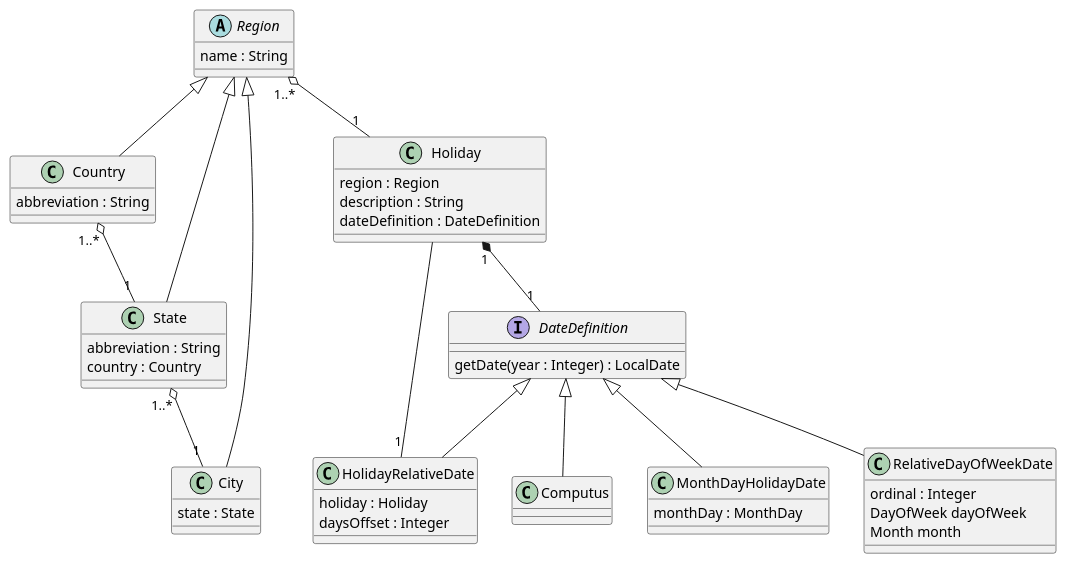
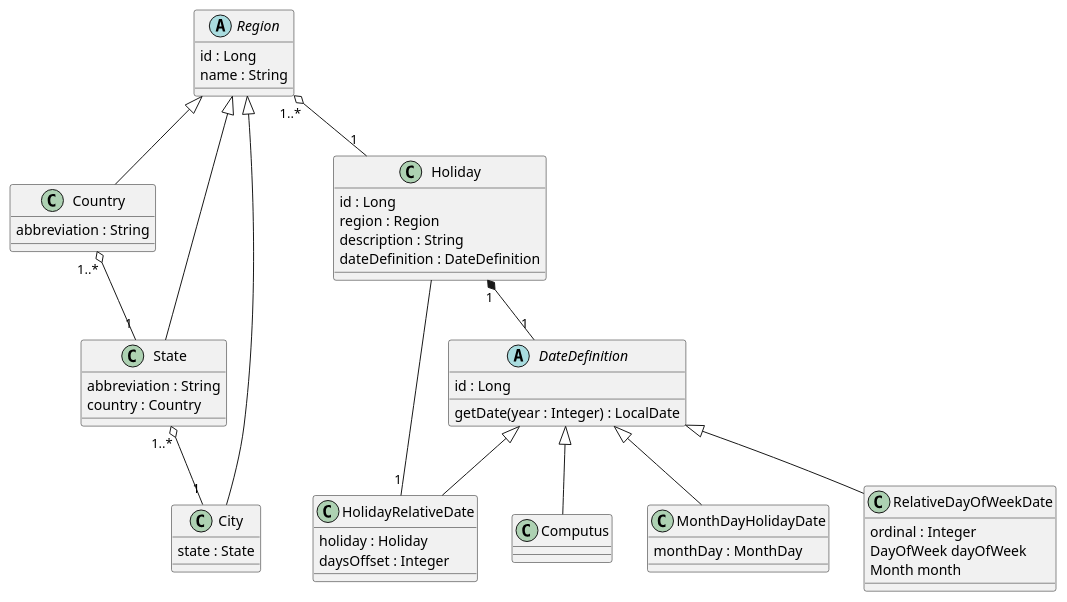
One commit to jhonypalmer/IApl-2019-1-CF changed the diagram in AS01/1.Documentos/diagrama.plantuml. Above: the diagram before and after it, drawn with PlantUML. The commit also changed 16 other files, not shown here.

```diff
--- a/AS01/1.Documentos/diagrama.plantuml
+++ b/AS01/1.Documentos/diagrama.plantuml
@@ -1,67 +1,70 @@
 @startuml
 abstract class Region {
-   name : String
+	id : Long
+	name : String
 }
 
 class Country {
-   abbreviation : String
+	abbreviation : String
 }
 
 Region <|-- Country
 
 class State {
-   abbreviation : String
-   country : Country
+	abbreviation : String
+	country : Country
 }
 
 Region <|-- State
 Country "1..*" o-- "1" State
 
 class City {
-   state : State
+	state : State
 }
 
 Region <|-- City
 State "1..*" o-- "1" City
 
 class Holiday {
+	id : Long
 	region : Region
 	description : String
 	dateDefinition : DateDefinition
 }
 
 Region "1..*" o-- "1" Holiday
 Holiday "1" *-- "1" DateDefinition
 
-interface DateDefinition {
+abstract class DateDefinition {
+	id : Long
 	getDate(year : Integer) : LocalDate
 }
 
 class Computus {
 }
 
 DateDefinition <|-- Computus
 
 class HolidayRelativeDate {
 	holiday : Holiday
 	daysOffset : Integer
 }
 
 DateDefinition <|-- HolidayRelativeDate
 HolidayRelativeDate "1" -- Holiday
 
 class MonthDayHolidayDate {
 	monthDay : MonthDay
 }
 
 DateDefinition <|-- MonthDayHolidayDate
 
 class RelativeDayOfWeekDate {
 	ordinal : Integer
 	DayOfWeek dayOfWeek
 	Month month
 }
 
 DateDefinition <|-- RelativeDayOfWeekDate
 
 @enduml
```
